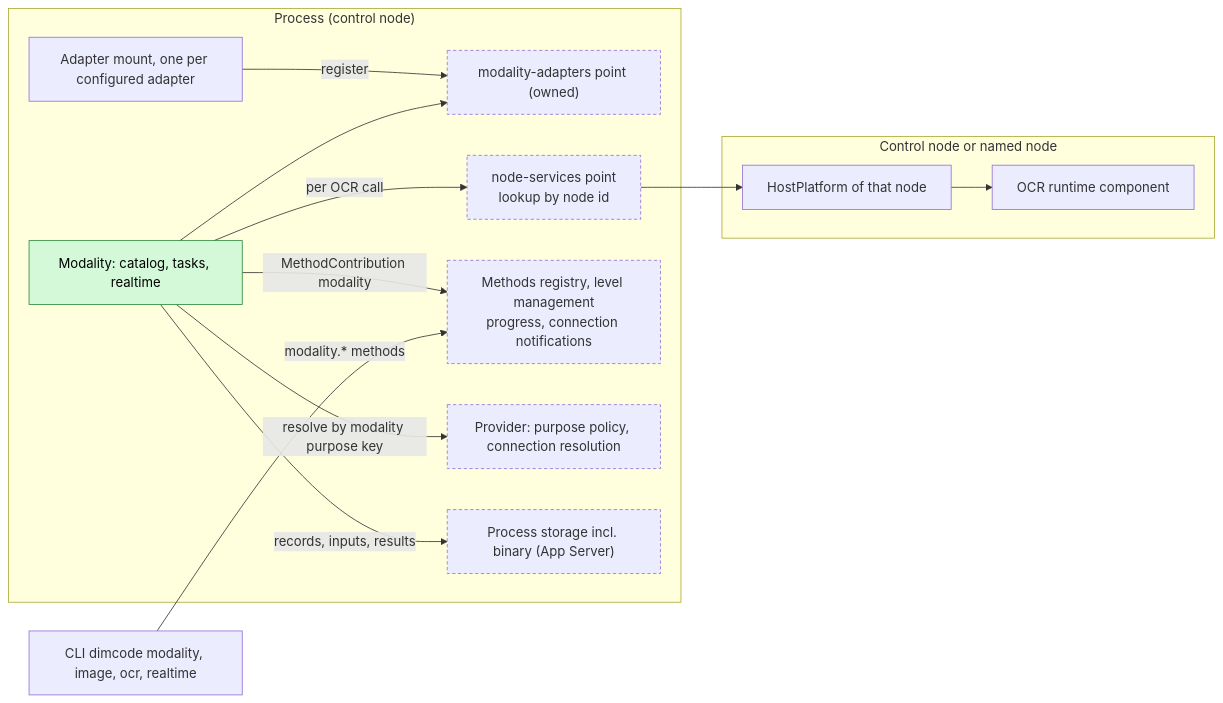
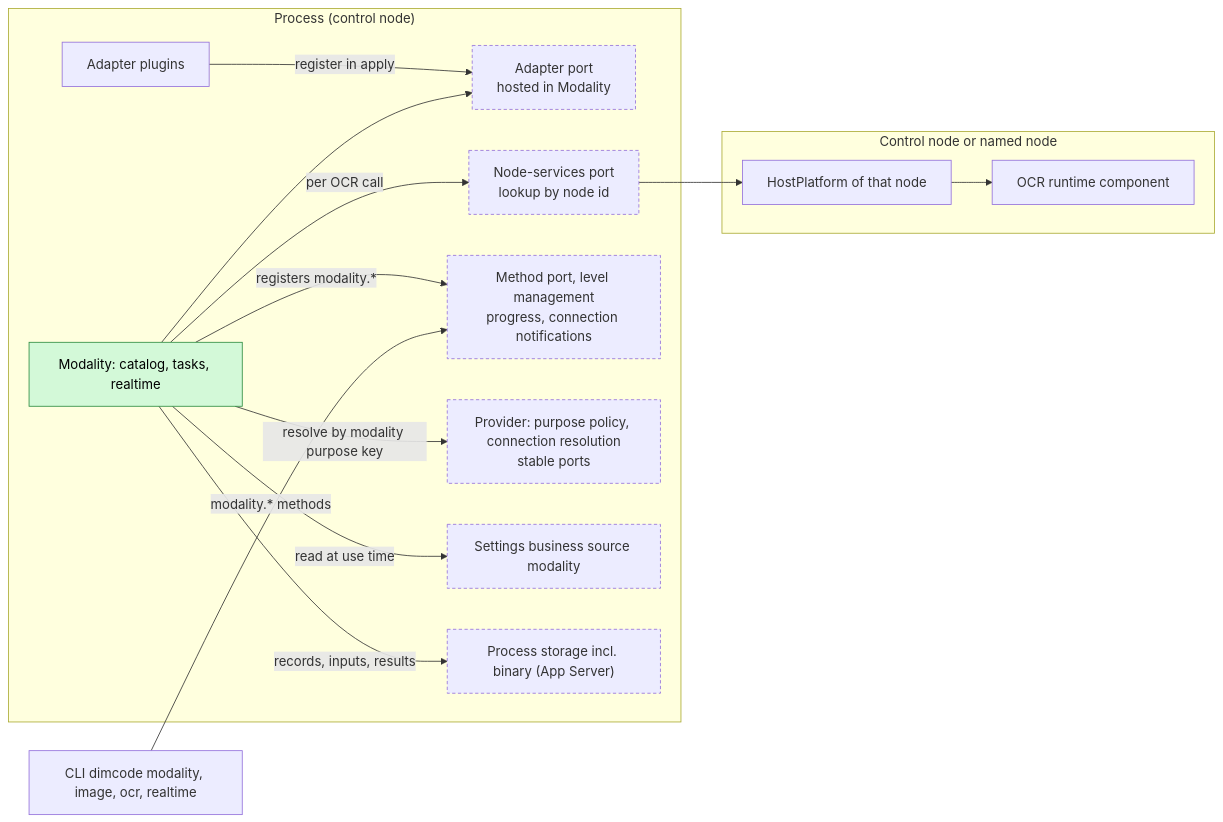
The first of 6 diagrams in docs/design/plugins/Modality.md (CoutinhoTTS/dim-agent), drawn with Mermaid before and after one commit. The commit also changed other lines of this file and 3 other files, not shown here.

Commit message:
docs(design): apply ADR 002 to Management, PluginManager, RemoteGateway and Modality

````diff
--- a/docs/design/plugins/Modality.md
+++ b/docs/design/plugins/Modality.md
@@ -9,28 +9,30 @@
 ```mermaid
 flowchart LR
   subgraph PROC["Process (control node)"]
     Mod["Modality: catalog, tasks, realtime"]:::new
-    AdReg["modality-adapters point (owned)"]:::contract
-    AdMount["Adapter mount, one per configured adapter"]
-    NS["node-services point<br/>lookup by node id"]:::contract
-    Meth["Methods registry, level management<br/>progress, connection notifications"]:::contract
-    Prov["Provider: purpose policy, connection resolution"]:::contract
+    AdReg["Adapter port<br/>hosted in Modality"]:::contract
+    AdPlug["Adapter plugins"]
+    NS["Node-services port<br/>lookup by node id"]:::contract
+    Meth["Method port, level management<br/>progress, connection notifications"]:::contract
+    Prov["Provider: purpose policy, connection resolution<br/>stable ports"]:::contract
+    Set["Settings business source modality"]:::contract
     Store["Process storage incl. binary (App Server)"]:::contract
   end
   subgraph NODE["Control node or named node"]
     HP["HostPlatform of that node"]
     OCR["OCR runtime component"]
   end
   CLI["CLI dimcode modality, image, ocr, realtime"]
-  AdMount -->|"register"| AdReg
+  AdPlug -->|"register in apply"| AdReg
   Mod --> AdReg
   Mod -->|"per OCR call"| NS
   NS --> HP
   HP --> OCR
   Mod -->|"resolve by modality purpose key"| Prov
   Mod -->|"records, inputs, results"| Store
-  Mod -->|"MethodContribution modality"| Meth
+  Mod -->|"registers modality.*"| Meth
+  Mod -->|"read at use time"| Set
   CLI -->|"modality.* methods"| Meth
   classDef new fill:#d3f9d8,stroke:#2b8a3e,color:#000
   classDef contract stroke-dasharray:4 3
 ```
````
